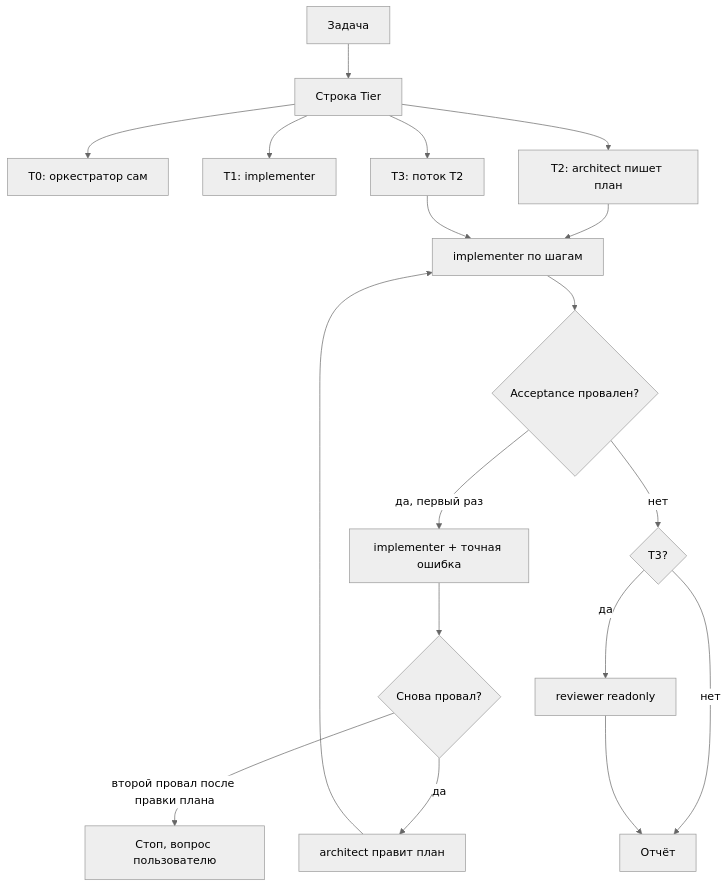
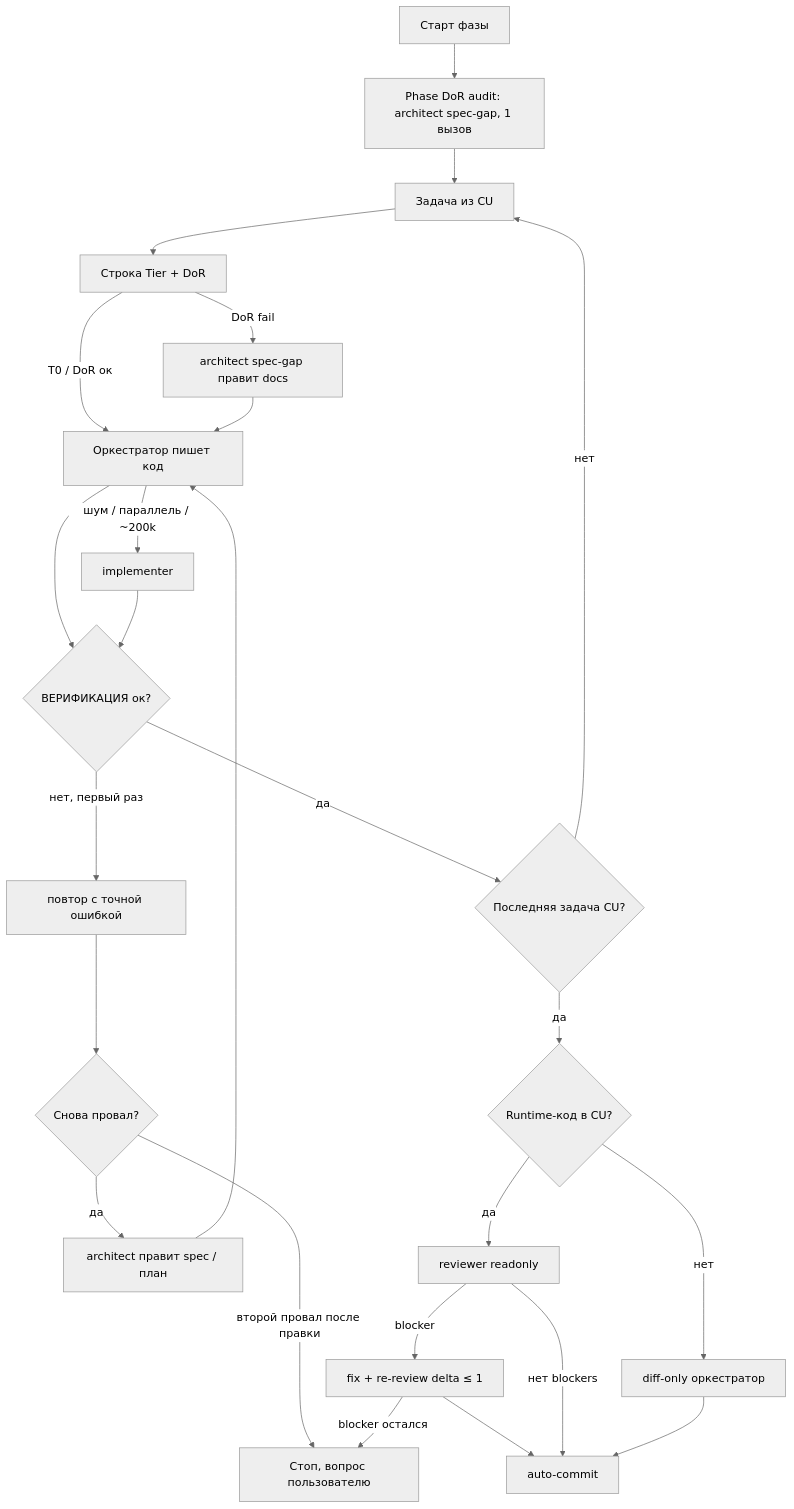
The diagram in docs/meta/ai_agent_model_routing.md (stallev/ai_first_tmp), drawn with Mermaid (neutral theme) before and after one commit. The commit also changed other lines of this file and 16 other files, not shown here.

First line of the commit message:
master: docs(config): route by DoR with commit units and single reviewer

````diff
--- a/docs/meta/ai_agent_model_routing.md
+++ b/docs/meta/ai_agent_model_routing.md
@@ -85,20 +118,27 @@
 ```mermaid
 flowchart TD
-  start[Задача] --> tier[Строка Tier]
-  tier --> t0[T0: оркестратор сам]
-  tier --> t1[T1: implementer]
-  tier --> t2[T2: architect пишет план]
-  t2 --> impl[implementer по шагам]
-  tier --> t3[T3: поток T2]
-  t3 --> impl
-  impl --> fail{Acceptance провален?}
-  fail -->|да, первый раз| retry[implementer + точная ошибка]
-  retry --> fail2{Снова провал?}
-  fail2 -->|да| amend[architect правит план]
-  amend --> impl
-  fail2 -->|второй провал после правки плана| ask[Стоп, вопрос пользователю]
-  fail -->|нет| gate{T3?}
-  gate -->|да| rev[reviewer readonly]
-  gate -->|нет| done[Отчёт]
-  rev --> done
+  phase[Старт фазы] --> audit[Phase DoR audit: architect spec-gap, 1 вызов]
+  audit --> task[Задача из CU]
+  task --> tier[Строка Tier + DoR]
+  tier -->|T0 / DoR ок| code[Оркестратор пишет код]
+  tier -->|DoR fail| gap[architect spec-gap правит docs]
+  gap --> code
+  code -->|шум / параллель / ~200k| impl[implementer]
+  code --> verify{ВЕРИФИКАЦИЯ ок?}
+  impl --> verify
+  verify -->|нет, первый раз| retry[повтор с точной ошибкой]
+  retry --> verify2{Снова провал?}
+  verify2 -->|да| amend[architect правит spec / план]
+  amend --> code
+  verify2 -->|второй провал после правки| ask[Стоп, вопрос пользователю]
+  verify -->|да| last{Последняя задача CU?}
+  last -->|нет| task
+  last -->|да| rev{Runtime-код в CU?}
+  rev -->|да| reviewer[reviewer readonly]
+  rev -->|нет| diffonly[diff-only оркестратор]
+  reviewer -->|blocker| fix[fix + re-review delta ≤ 1]
+  fix -->|blocker остался| ask
+  fix --> commit[auto-commit]
+  reviewer -->|нет blockers| commit
+  diffonly --> commit
 ```
````
